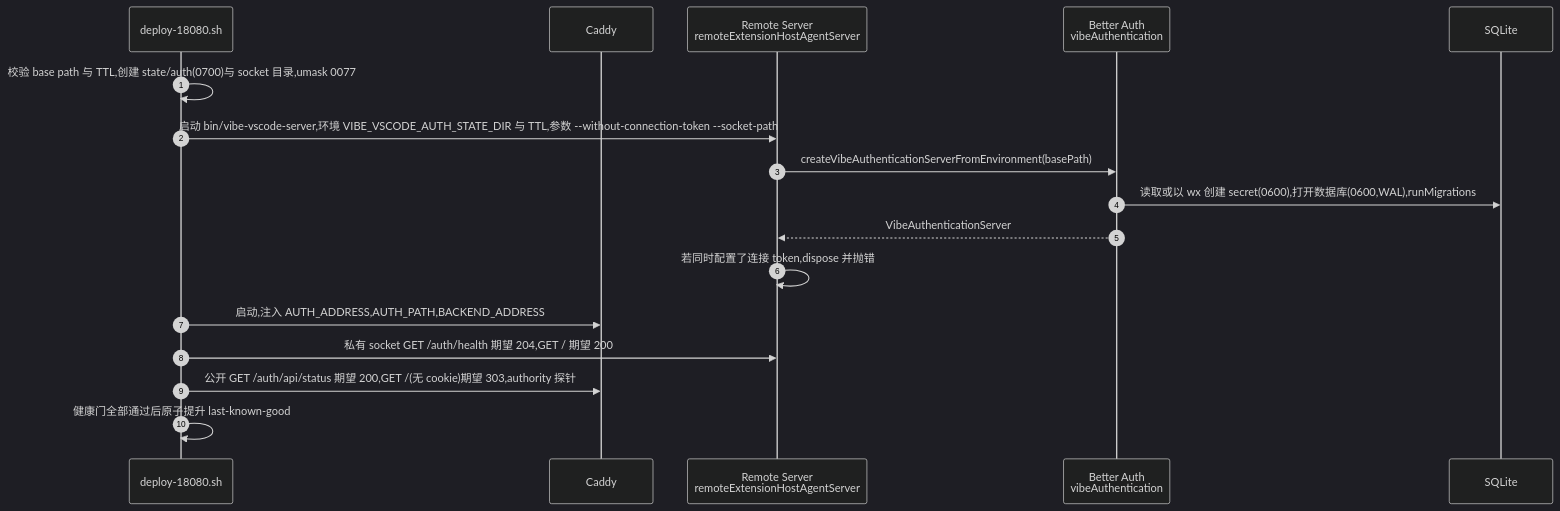
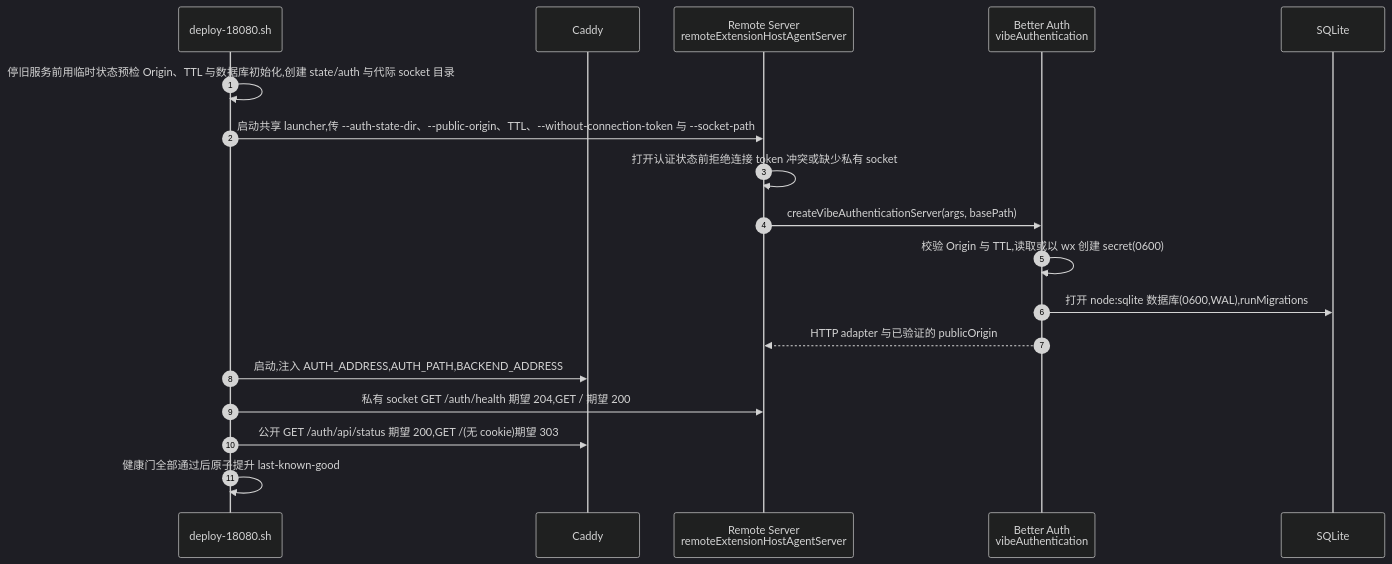
Before and after one commit to ActivePeter/vibe-vscode: the sixth of 10 diagrams in vibe_vscode_doc/design/login_authentication.md, drawn with Mermaid (dark theme). The commit also changed other lines of this file, not shown here.

Commit message:
docs(auth): align current scenarios with reviewed authentication contract

````diff
--- a/vibe_vscode_doc/design/login_authentication.md
+++ b/vibe_vscode_doc/design/login_authentication.md
@@ -161,20 +163,21 @@
 ```mermaid
 sequenceDiagram
     autonumber
     participant Deploy as deploy-18080.sh
     participant Caddy as Caddy
     participant Remote as Remote Server<br/>remoteExtensionHostAgentServer
     participant Auth as Better Auth<br/>vibeAuthentication
     participant DB as SQLite
 
-    Deploy->>Deploy: 校验 base path 与 TTL,创建 state/auth(0700)与 socket 目录,umask 0077
-    Deploy->>Remote: 启动 bin/vibe-vscode-server,环境 VIBE_VSCODE_AUTH_STATE_DIR 与 TTL,参数 --without-connection-token --socket-path
-    Remote->>Auth: createVibeAuthenticationServerFromEnvironment(basePath)
-    Auth->>DB: 读取或以 wx 创建 secret(0600),打开数据库(0600,WAL),runMigrations
-    Auth-->>Remote: VibeAuthenticationServer
-    Remote->>Remote: 若同时配置了连接 token,dispose 并抛错
+    Deploy->>Deploy: 停旧服务前用临时状态预检 Origin、TTL 与数据库初始化,创建 state/auth 与代际 socket 目录
+    Deploy->>Remote: 启动共享 launcher,传 --auth-state-dir、--public-origin、TTL、--without-connection-token 与 --socket-path
+    Remote->>Remote: 打开认证状态前拒绝连接 token 冲突或缺少私有 socket
+    Remote->>Auth: createVibeAuthenticationServer(args, basePath)
+    Auth->>Auth: 校验 Origin 与 TTL,读取或以 wx 创建 secret(0600)
+    Auth->>DB: 打开 node:sqlite 数据库(0600,WAL),runMigrations
+    Auth-->>Remote: HTTP adapter 与已验证的 publicOrigin
     Deploy->>Caddy: 启动,注入 AUTH_ADDRESS,AUTH_PATH,BACKEND_ADDRESS
     Deploy->>Remote: 私有 socket GET /auth/health 期望 204,GET / 期望 200
-    Deploy->>Caddy: 公开 GET /auth/api/status 期望 200,GET /(无 cookie)期望 303,authority 探针
+    Deploy->>Caddy: 公开 GET /auth/api/status 期望 200,GET /(无 cookie)期望 303
     Deploy->>Deploy: 健康门全部通过后原子提升 last-known-good
 ```
````
